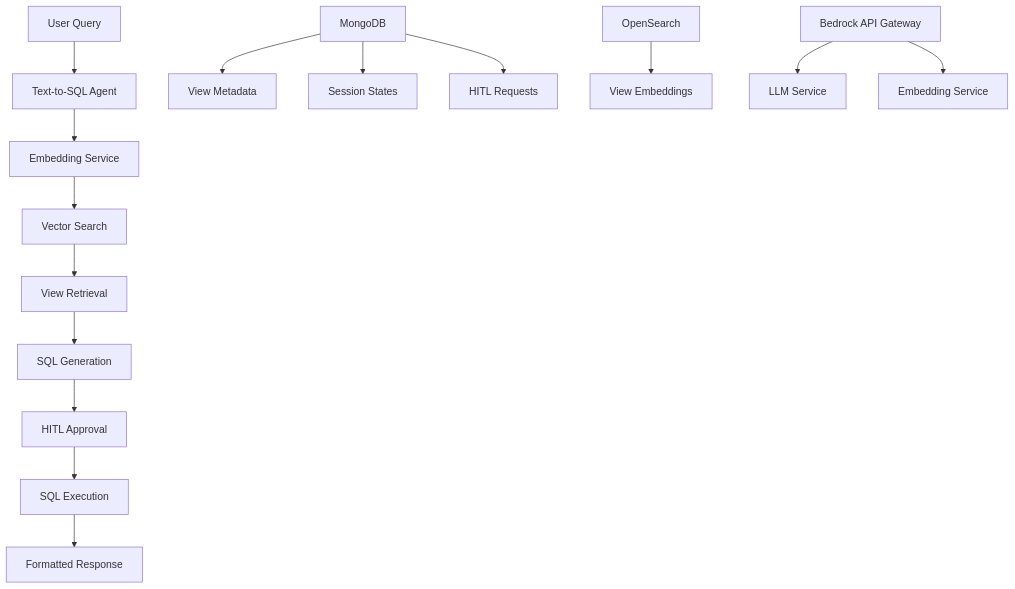
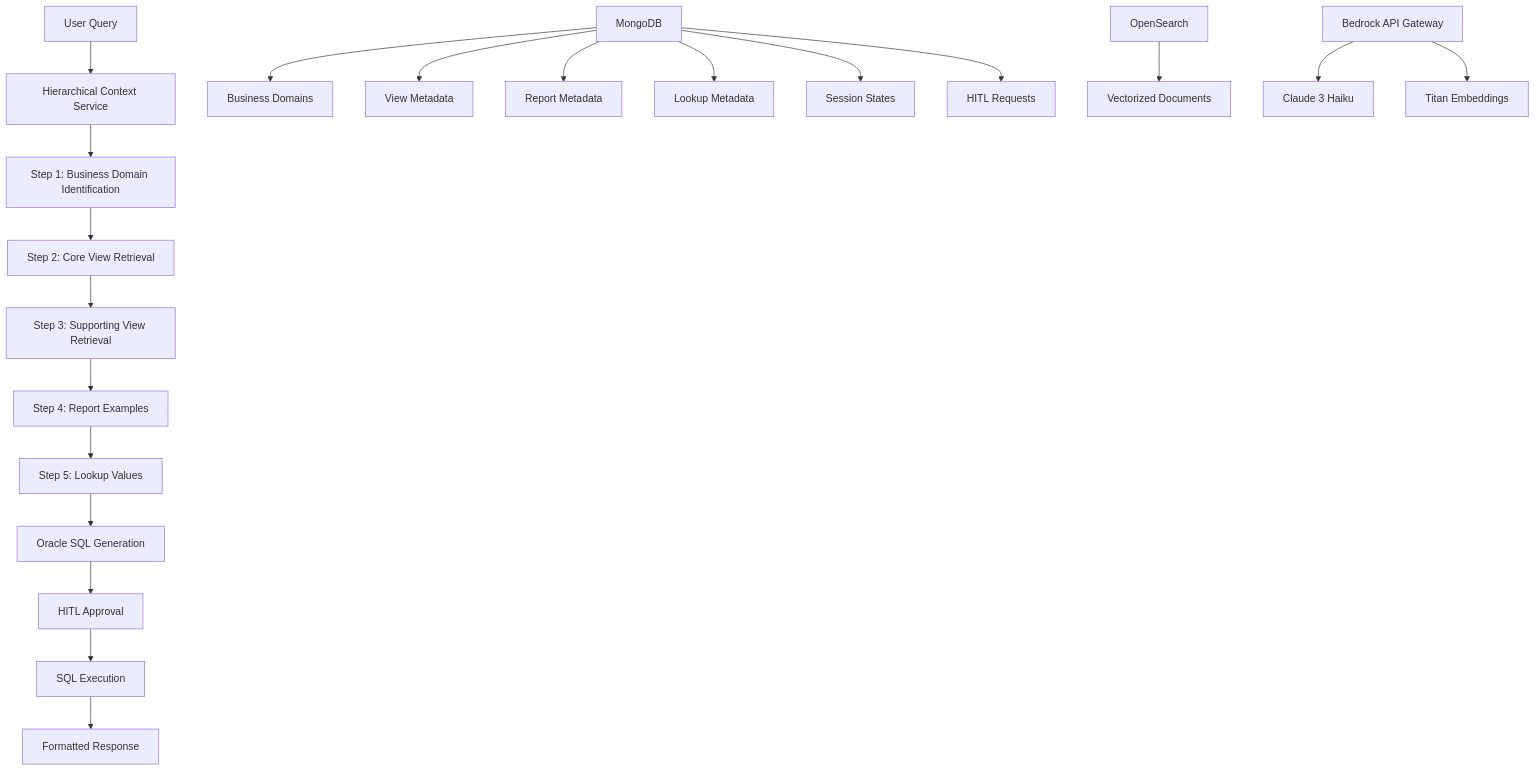
The diagram in README.md (zwchristie/llamaindex_rag), drawn with Mermaid before and after one commit. The commit also changed other lines of this file and 11 other files, not shown here.

````diff
--- a/README.md
+++ b/README.md
@@ -16,20 +17,25 @@
 ```mermaid
 graph TD
-    A[User Query] --> B[Text-to-SQL Agent]
-    B --> C[Embedding Service]
-    C --> D[Vector Search]
-    D --> E[View Retrieval]
-    E --> F[SQL Generation]
-    F --> G[HITL Approval]
-    G --> H[SQL Execution]
-    H --> I[Formatted Response]
+    A[User Query] --> B[Hierarchical Context Service]
+    B --> C[Step 1: Business Domain Identification]
+    C --> D[Step 2: Core View Retrieval]
+    D --> E[Step 3: Supporting View Retrieval]
+    E --> F[Step 4: Report Examples]
+    F --> G[Step 5: Lookup Values]
+    G --> H[Oracle SQL Generation]
+    H --> I[HITL Approval]
+    I --> J[SQL Execution]
+    J --> K[Formatted Response]
     
-    J[MongoDB] --> K[View Metadata]
-    J --> L[Session States]
-    J --> M[HITL Requests]
+    L[MongoDB] --> M[Business Domains]
+    L --> N[View Metadata]
+    L --> O[Report Metadata] 
+    L --> P[Lookup Metadata]
+    L --> Q[Session States]
+    L --> R[HITL Requests]
     
-    N[OpenSearch] --> O[View Embeddings]
+    S[OpenSearch] --> T[Vectorized Documents]
     
-    P[Bedrock API Gateway] --> Q[LLM Service]
-    P --> R[Embedding Service]
+    U[Bedrock API Gateway] --> V[Claude 3 Haiku]
+    U --> W[Titan Embeddings]
 ```
````
